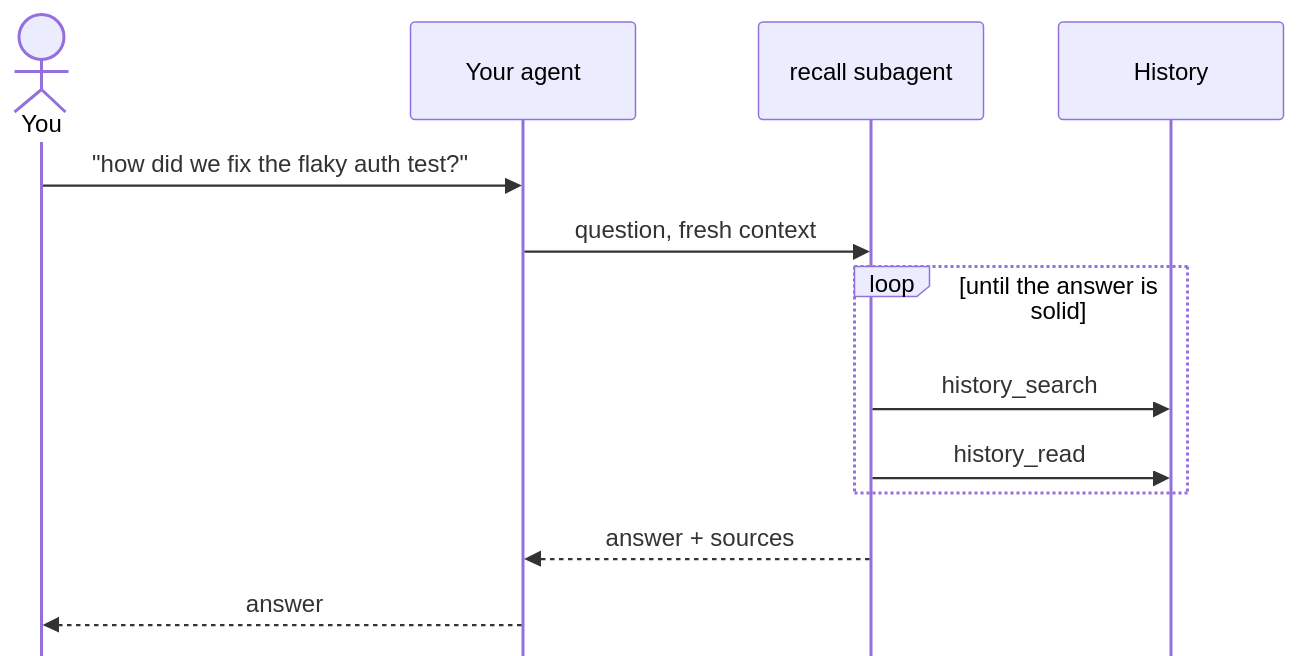
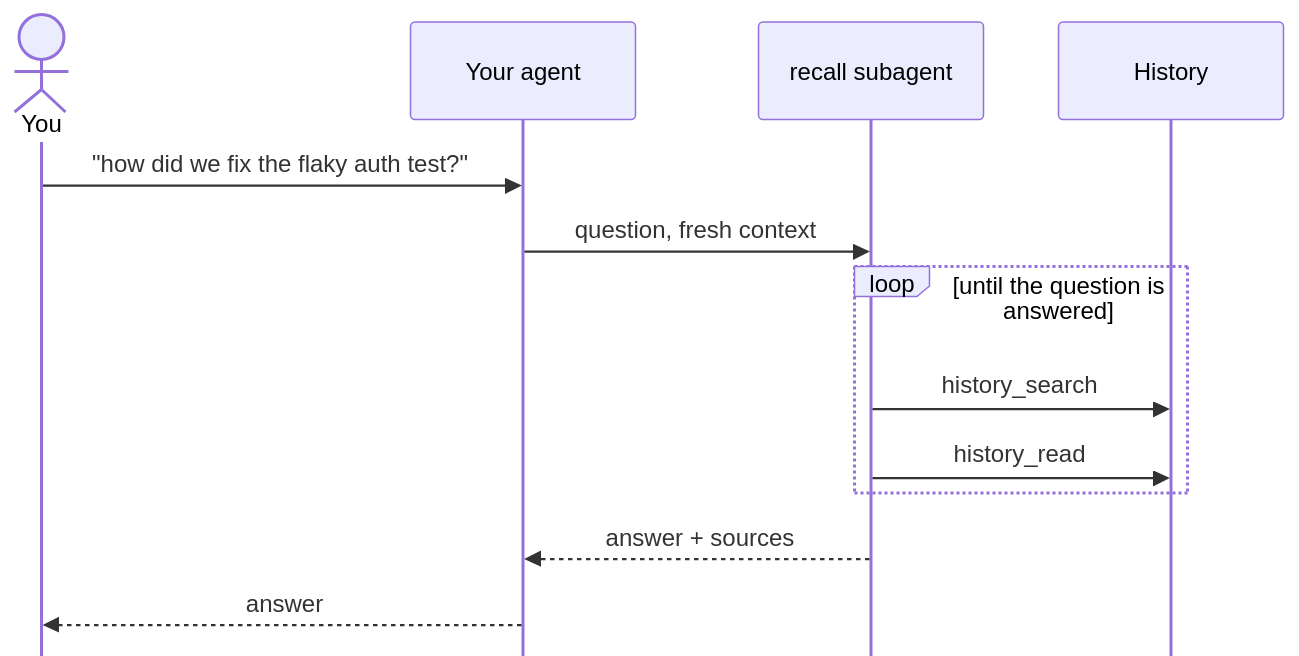
Before and after one commit to JosXa/opencode-recall: the first of 2 diagrams in README.md, drawn with Mermaid. The commit also changed other lines of this file and 1 other file, not shown here.

````diff
--- a/README.md
+++ b/README.md
@@ -124,21 +124,21 @@
 ```mermaid
 ---
 config:
   look: classic
   sequence:
     mirrorActors: false
 ---
 sequenceDiagram
     actor You
     participant Agent as Your agent
     participant Recall as recall subagent
     participant History as History
     You->>Agent: "how did we fix the flaky auth test?"
     Agent->>Recall: question, fresh context
-    loop until the answer is solid
+    loop until the question is answered
         Recall->>History: history_search
         Recall->>History: history_read
     end
     Recall-->>Agent: answer + sources
     Agent-->>You: answer
 ```
````
